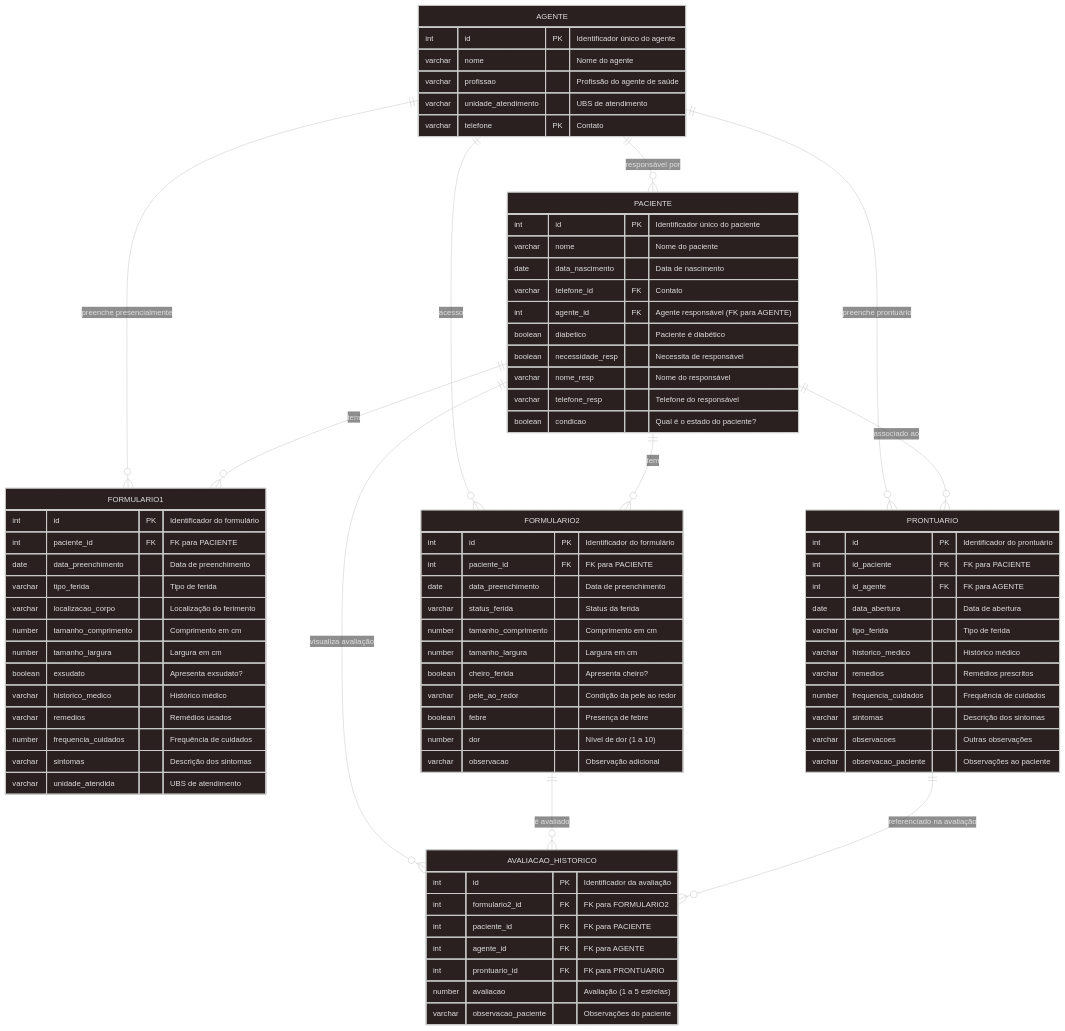
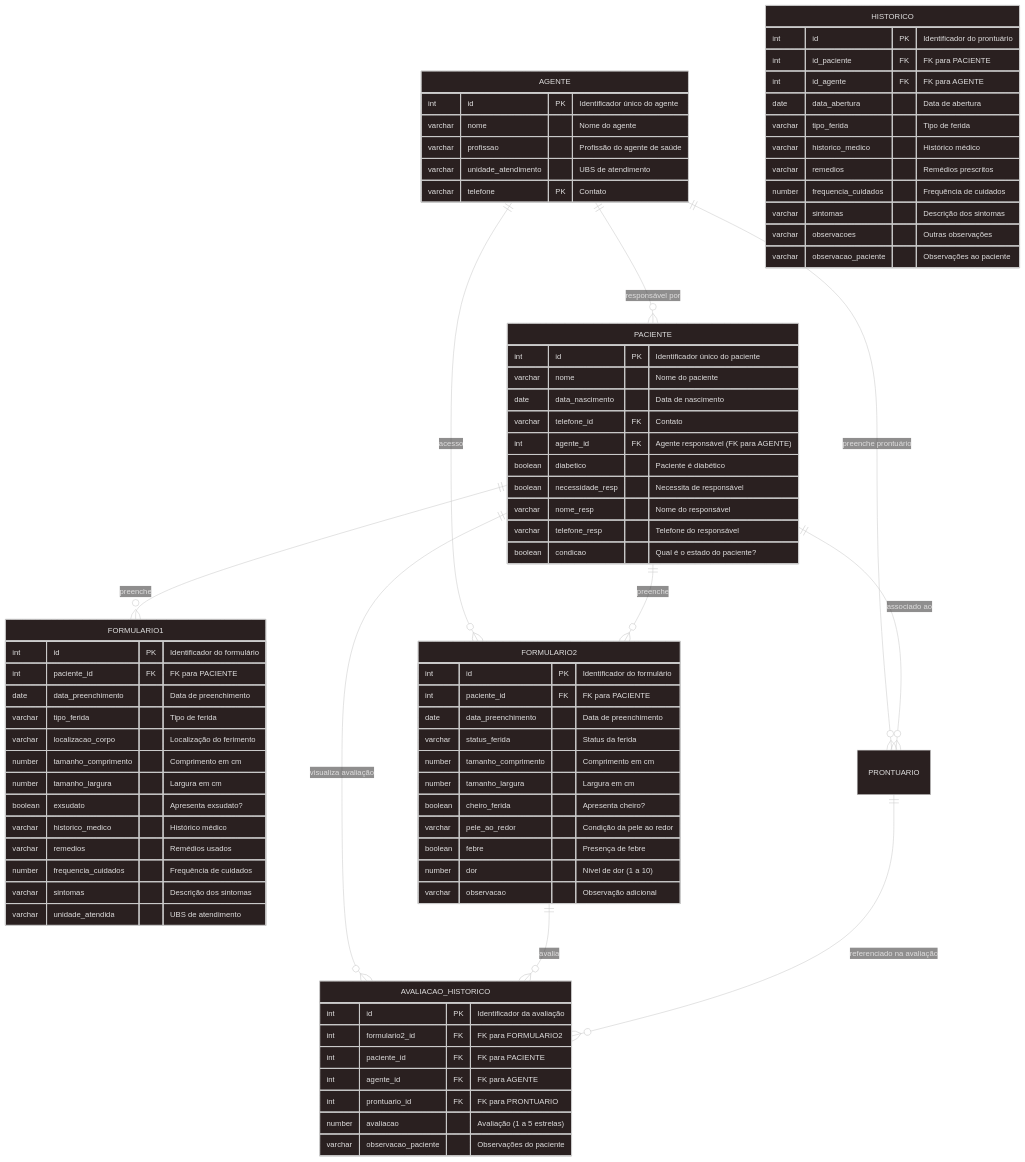
Before and after one commit to katz2009/2025-1B-T19-IN02-G02: the diagram in documentos/wad.md, drawn with Mermaid. The commit also changed other lines of this file, not shown here.

````diff
--- a/documentos/wad.md
+++ b/documentos/wad.md
@@ -523,7 +553,7 @@
         varchar observacao "Observação adicional"
     }
 
-    PRONTUARIO {
+    HISTORICO {
         int id PK "Identificador do prontuário"
         int id_paciente FK "FK para PACIENTE"
         int id_agente FK "FK para AGENTE"
@@ -549,14 +579,13 @@
 
     %% Relacionamentos
     AGENTE ||--o{ PACIENTE : "responsável por"
-    AGENTE ||--o{ FORMULARIO1 : "preenche presencialmente"
     AGENTE ||--o{ FORMULARIO2 : "acesso"
     AGENTE ||--o{ PRONTUARIO : "preenche prontuário"
-    PACIENTE ||--o{ FORMULARIO1 : "tem"
-    PACIENTE ||--o{ FORMULARIO2 : "tem"
+    PACIENTE ||--o{ FORMULARIO1 : "preenche"
+    PACIENTE ||--o{ FORMULARIO2 : "preenche"
     PACIENTE ||--o{ PRONTUARIO : "associado ao"
     PACIENTE ||--o{ AVALIACAO_HISTORICO : "visualiza avaliação"
-    FORMULARIO2 ||--o{ AVALIACAO_HISTORICO : "é avaliado"
+    FORMULARIO2 ||--o{ AVALIACAO_HISTORICO : "avalia"
     PRONTUARIO ||--o{ AVALIACAO_HISTORICO : "referenciado na avaliação"
 
 ```
````
